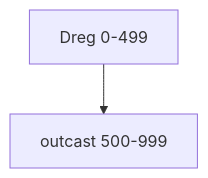
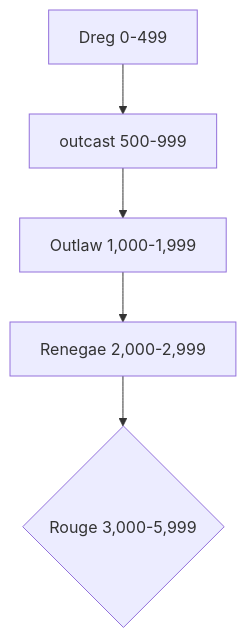
The diagram in Core Rule book/Classes/Scum.md (zyzyx159/Rule-books), drawn with Mermaid before and after one commit.

Commit message:
vault backup: 2025-06-10 05:54:14

````diff
--- a/Core Rule book/Classes/Scum.md
+++ b/Core Rule book/Classes/Scum.md
@@ -28,4 +28,8 @@
 ```mermaid
 graph TD
 A[Dreg 0-499] --> B[outcast 500-999];
+B --> C[Outlaw 1,000-1,999];
+C --> D[Renegae 2,000-2,999];
+D --> E{Rouge 3,000-5,999}
+
 ```
````
